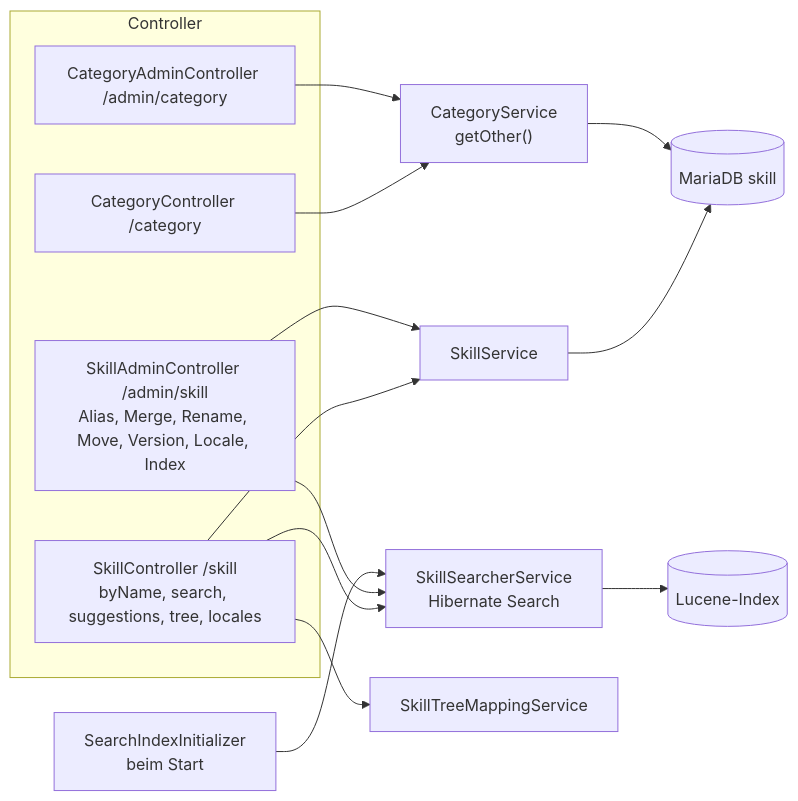
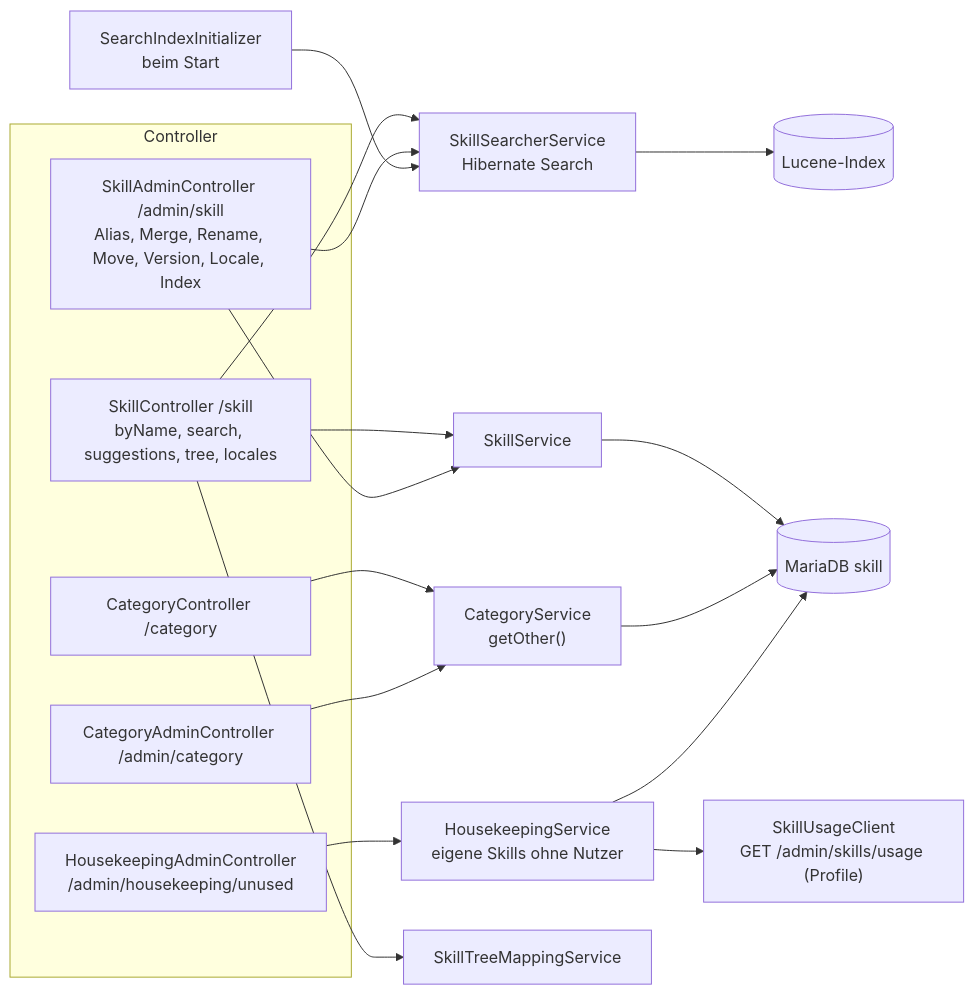
Before and after one commit to HBTGmbH/hbt-power: the fifth of 11 diagrams in docs/arc42/05-bausteinsicht.md, drawn with Mermaid. The commit also changed other lines of this file and 22 other files, not shown here.

First line of the commit message:
#288 - Housekeeping: Rubrik Unbenutzt für Profil-Elemente und eigene Skills (#296)

````diff
--- a/docs/arc42/05-bausteinsicht.md
+++ b/docs/arc42/05-bausteinsicht.md
@@ -183,24 +183,29 @@
 ```mermaid
 flowchart LR
     subgraph Controller
         SC["SkillController /skill<br/>byName, search, suggestions, tree, locales"]
         CC["CategoryController /category"]
         SA["SkillAdminController /admin/skill<br/>Alias, Merge, Rename, Move, Version, Locale, Index"]
         CA["CategoryAdminController /admin/category"]
+        HA["HousekeepingAdminController<br/>/admin/housekeeping/unused"]
     end
+    HK["HousekeepingService<br/>eigene Skills ohne Nutzer"]
+    UC["SkillUsageClient<br/>GET /admin/skills/usage (Profile)"]
     SS[SkillService]
     CS["CategoryService<br/>getOther()"]
     SRCH["SkillSearcherService<br/>Hibernate Search"]
     TM[SkillTreeMappingService]
     INIT["SearchIndexInitializer<br/>beim Start"]
     DB[(MariaDB skill)]
     IDX[(Lucene-Index)]
 
     SC --> SS & SRCH & TM
     CC --> CS
     SA --> SS & SRCH
     CA --> CS
     SS & CS --> DB
     SRCH --> IDX
     INIT --> SRCH
+    HA --> HK --> UC
+    HK --> DB
 ```
````
